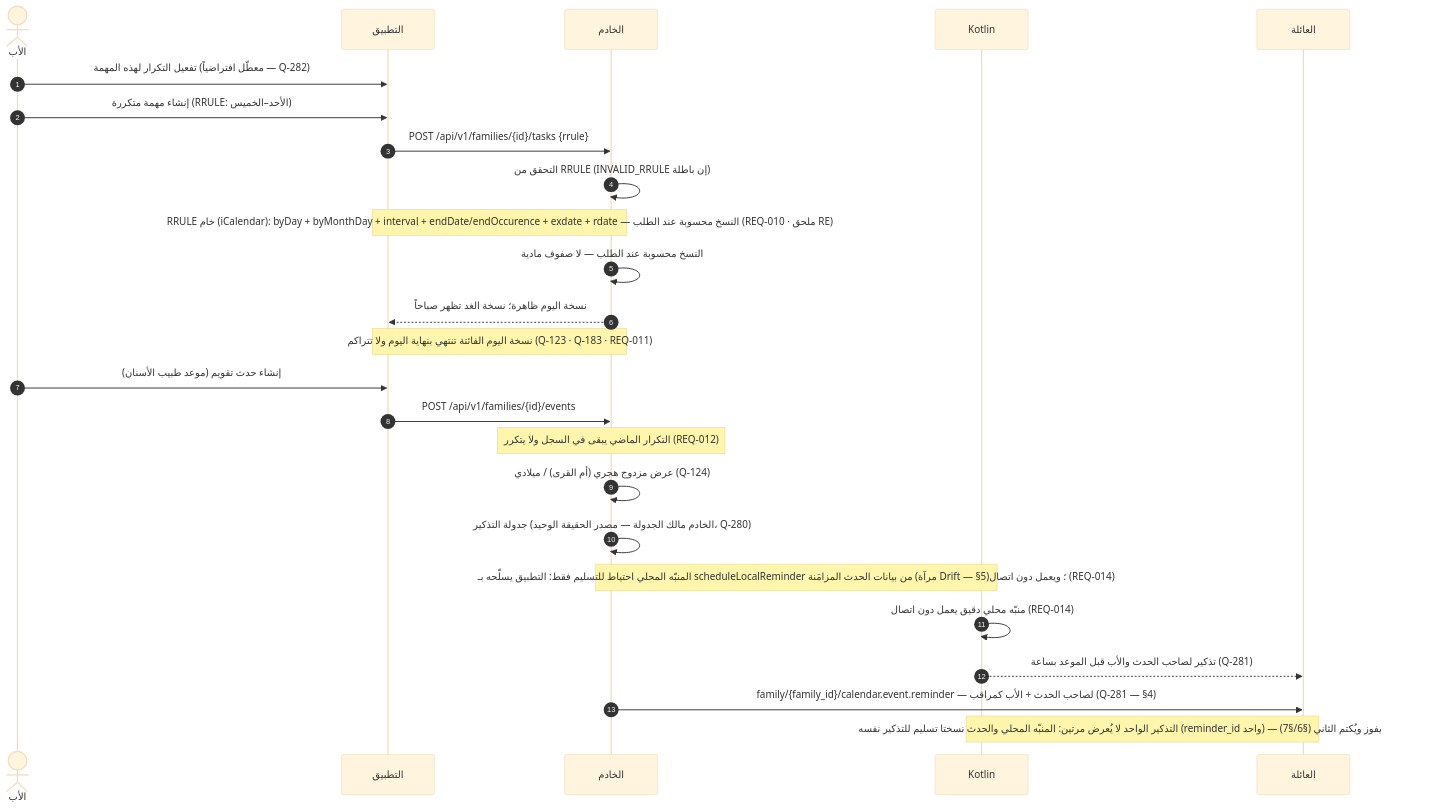
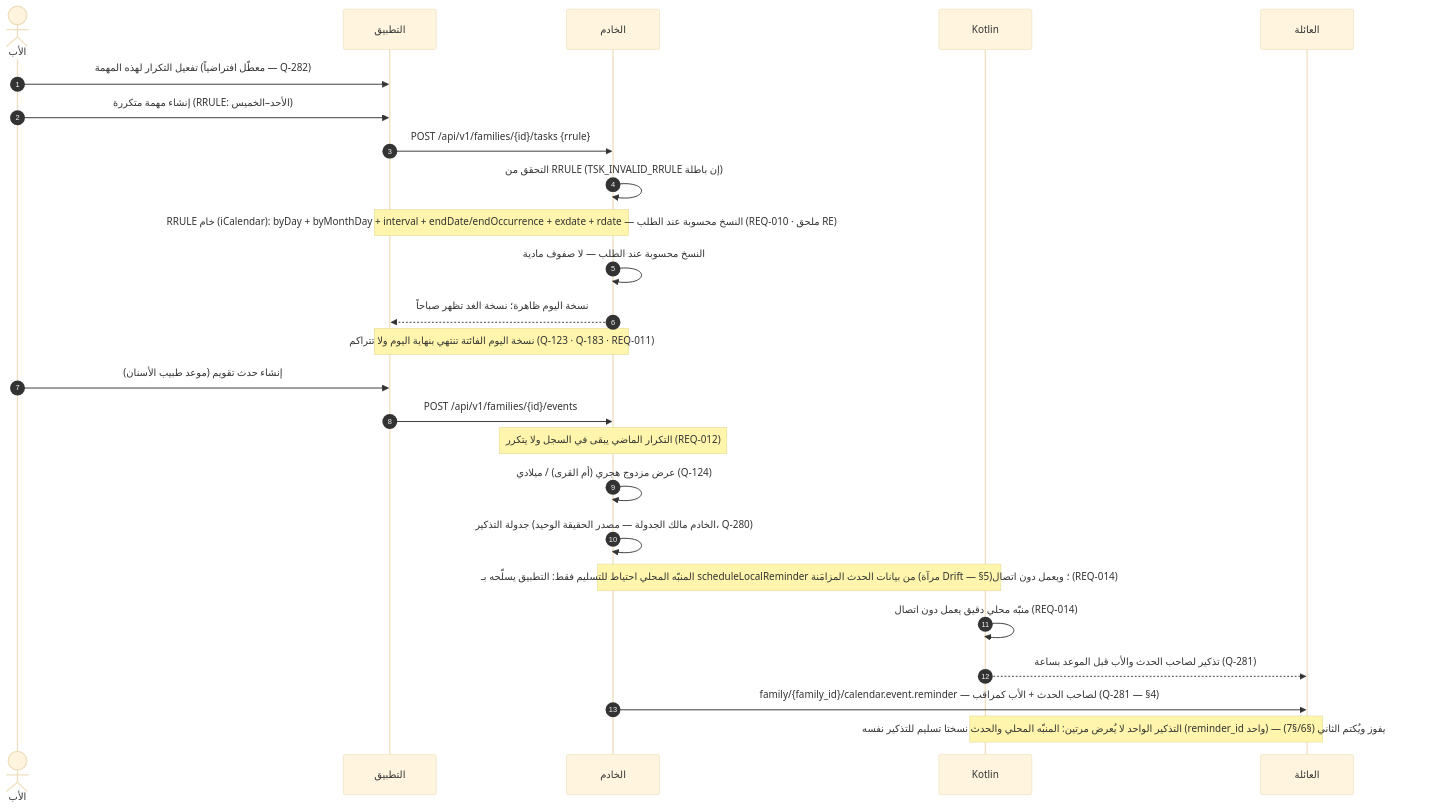
The seventh of 13 diagrams in docs/family-os/governance/phases/phase-1/S1-06-tasks-and-calendar/DIAGRAMS.md (Bassam-mohammed-alqaeadi/family-os-v2), drawn with Mermaid (base theme) before and after one commit. The commit also changed other lines of this file and 8 other files, not shown here.

````diff
--- a/docs/family-os/governance/phases/phase-1/S1-06-tasks-and-calendar/DIAGRAMS.md
+++ b/docs/family-os/governance/phases/phase-1/S1-06-tasks-and-calendar/DIAGRAMS.md
@@ -311,27 +313,27 @@
 ```mermaid
 sequenceDiagram
     autonumber
     actor Father as الأب
     participant App as التطبيق
     participant Ktor as الخادم
     participant K as Kotlin
     participant Family as العائلة
     Father->>App: تفعيل التكرار لهذه المهمة (معطّل افتراضياً — Q-282)
     Father->>App: إنشاء مهمة متكررة (RRULE: الأحد–الخميس)
     App->>Ktor: POST /api/v1/families/{id}/tasks {rrule}
-    Ktor->>Ktor: التحقق من RRULE (INVALID_RRULE إن باطلة)
-    Note over Ktor,App: RRULE خام (iCalendar): byDay + byMonthDay + interval + endDate/endOccurence + exdate + rdate — النسخ محسوبة عند الطلب (REQ-010 · ملحق RE)
+    Ktor->>Ktor: التحقق من RRULE (TSK_INVALID_RRULE إن باطلة)
+    Note over Ktor,App: RRULE خام (iCalendar): byDay + byMonthDay + interval + endDate/endOccurrence + exdate + rdate — النسخ محسوبة عند الطلب (REQ-010 · ملحق RE)
     Ktor->>Ktor: النسخ محسوبة عند الطلب — لا صفوف مادية
     Ktor-->>App: نسخة اليوم ظاهرة؛ نسخة الغد تظهر صباحاً
     Note over Ktor,App: نسخة اليوم الفائتة تنتهي بنهاية اليوم ولا تتراكم (Q-123 · Q-183 · REQ-011)
     Father->>App: إنشاء حدث تقويم (موعد طبيب الأسنان)
     App->>Ktor: POST /api/v1/families/{id}/events
     Note over Ktor: التكرار الماضي يبقى في السجل ولا يتكرر (REQ-012)
     Ktor->>Ktor: عرض مزدوج هجري (أم القرى) / ميلادي (Q-124)
     Ktor->>Ktor: جدولة التذكير (الخادم مالك الجدولة — مصدر الحقيقة الوحيد، Q-280)
     Note over Ktor,K: المنبّه المحلي احتياط للتسليم فقط: التطبيق يسلّحه بـ scheduleLocalReminder من بيانات الحدث المزامَنة (مرآة Drift — §5)؛ ويعمل دون اتصال (REQ-014)
     K->>K: منبّه محلي دقيق يعمل دون اتصال (REQ-014)
     K-->>Family: تذكير لصاحب الحدث والأب قبل الموعد بساعة (Q-281)
     Ktor->>Family: family/{family_id}/calendar.event.reminder — لصاحب الحدث + الأب كمراقب (Q-281 — §4)
     Note over K,Family: التذكير الواحد لا يُعرض مرتين: المنبّه المحلي والحدث نسختا تسليم للتذكير نفسه (reminder_id واحد) — أول وصول يفوز ويُكتم الثاني (§6/§7)
 ```
````
